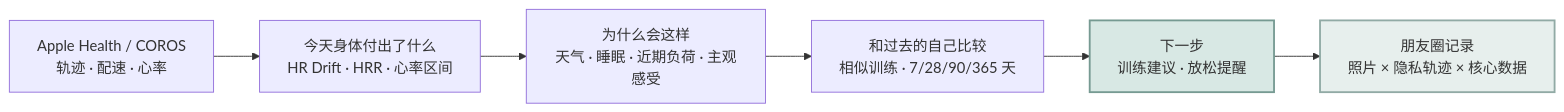
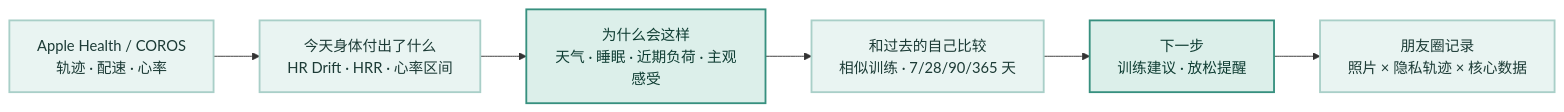
Before and after one commit to bor799/endurance-health-analyst: the diagram in README.md, drawn with Mermaid. The commit also changed other lines of this file, not shown here.

Commit message:
README: 统一品牌头部 + 青绿视觉
- 居中头部:中文名 + 一句话主张 + 英文副标题
- mermaid 应用品牌青绿主题(显式文字色,明暗主题均可读)
- 叙事主体保持不变

````diff
--- a/README.md
+++ b/README.md
@@ -20,10 +26,14 @@
 ```mermaid
 flowchart LR
     A[Apple Health / COROS<br/>轨迹 · 配速 · 心率] --> B[今天身体付出了什么<br/>HR Drift · HRR · 心率区间]
     B --> C[为什么会这样<br/>天气 · 睡眠 · 近期负荷 · 主观感受]
     C --> D[和过去的自己比较<br/>相似训练 · 7/28/90/365 天]
     D --> E[下一步<br/>训练建议 · 放松提醒]
     E --> F[朋友圈记录<br/>照片 × 隐私轨迹 × 核心数据]
-    style E fill:#D8E8E4,stroke:#769A92,stroke-width:2px
-    style F fill:#E7EFED,stroke:#91AAA5,stroke-width:2px
+    style A fill:#E9F4F2,stroke:#A9CFC8,stroke-width:2px,color:#1C3B36
+    style B fill:#E9F4F2,stroke:#A9CFC8,stroke-width:2px,color:#1C3B36
+    style C fill:#DCEFEA,stroke:#37907F,stroke-width:2px,color:#0F3D33
+    style D fill:#E9F4F2,stroke:#A9CFC8,stroke-width:2px,color:#1C3B36
+    style E fill:#DCEFEA,stroke:#37907F,stroke-width:2px,color:#0F3D33
+    style F fill:#E9F4F2,stroke:#A9CFC8,stroke-width:2px,color:#1C3B36
 ```
````
